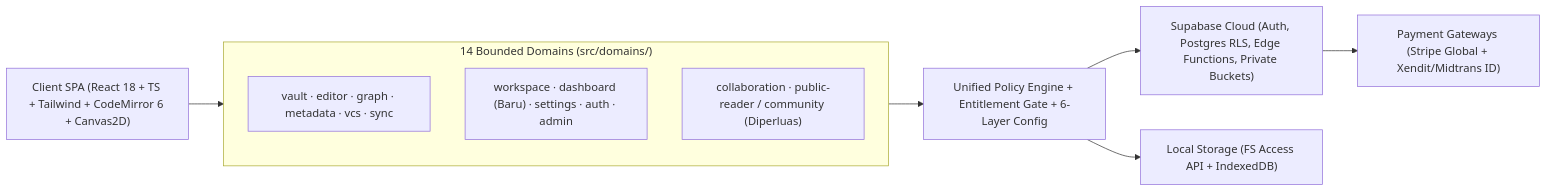
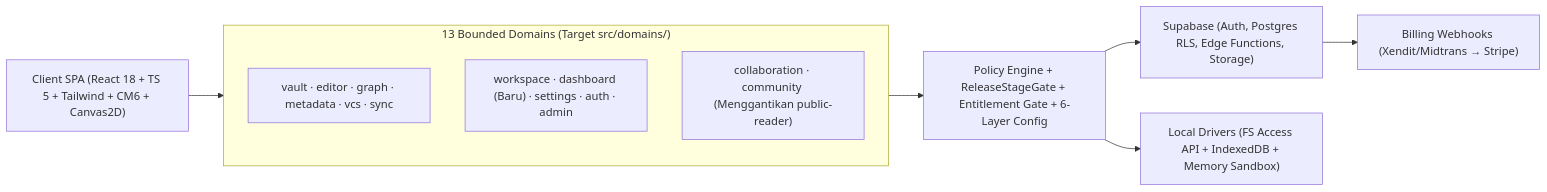
Before and after one commit to mjd-code/obmap-meed: the fourth of 6 diagrams in docs/00-meta/00-0-master-blueprint.md, drawn with Mermaid. The commit also changed other lines of this file and 130 other files, not shown here.

````diff
--- a/docs/00-meta/00-0-master-blueprint.md
+++ b/docs/00-meta/00-0-master-blueprint.md
@@ -156,17 +176,17 @@
 ```mermaid
 flowchart LR
-    WEB["Client SPA (React 18 + TS + Tailwind + CodeMirror 6 + Canvas2D)"]
-    subgraph DOMAINS ["14 Bounded Domains (src/domains/)"]
+    SPA["Client SPA (React 18 + TS 5 + Tailwind + CM6 + Canvas2D)"]
+    subgraph DOMAINS ["13 Bounded Domains (Target src/domains/)"]
         CORE["vault · editor · graph · metadata · vcs · sync"]
         SHELL["workspace · dashboard (Baru) · settings · auth · admin"]
-        SOCIAL["collaboration · public-reader / community (Diperluas)"]
+        NET["collaboration · community (Menggantikan public-reader)"]
     end
-    ENGINE["Unified Policy Engine + Entitlement Gate + 6-Layer Config"]
-    SUPA["Supabase Cloud (Auth, Postgres RLS, Edge Functions, Private Buckets)"]
-    LOCAL["Local Storage (FS Access API + IndexedDB)"]
-    PAY["Payment Gateways (Stripe Global + Xendit/Midtrans ID)"]
-    WEB --> DOMAINS --> ENGINE
-    ENGINE --> SUPA
-    ENGINE --> LOCAL
-    SUPA --> PAY
+    GATE["Policy Engine + ReleaseStageGate + Entitlement Gate + 6-Layer Config"]
+    BACKEND["Supabase (Auth, Postgres RLS, Edge Functions, Storage)"]
+    LOCAL["Local Drivers (FS Access API + IndexedDB + Memory Sandbox)"]
+    PAY["Billing Webhooks (Xendit/Midtrans → Stripe)"]
+    SPA --> DOMAINS --> GATE
+    GATE --> BACKEND
+    GATE --> LOCAL
+    BACKEND --> PAY
 ```
````
